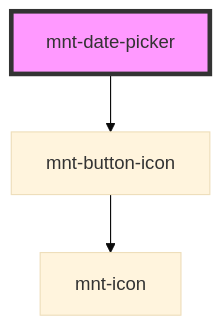
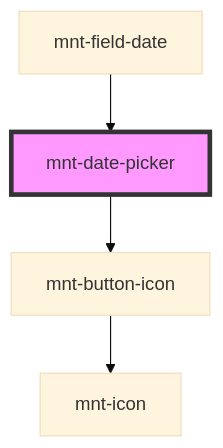
Before and after one commit to yooga-tecnologia/mantra: the diagram in src/components/date-picker/README.md, drawn with Mermaid (base theme). The commit also changed other lines of this file and 13 other files, not shown here.

Commit message:
feat(field-date): create component

````diff
--- a/src/components/date-picker/README.md
+++ b/src/components/date-picker/README.md
@@ -138,6 +142,7 @@
 ```mermaid
 graph TD;
   mnt-date-picker --> mnt-button-icon
   mnt-button-icon --> mnt-icon
+  mnt-field-date --> mnt-date-picker
   style mnt-date-picker fill:#f9f,stroke:#333,stroke-width:4px
 ```
````
